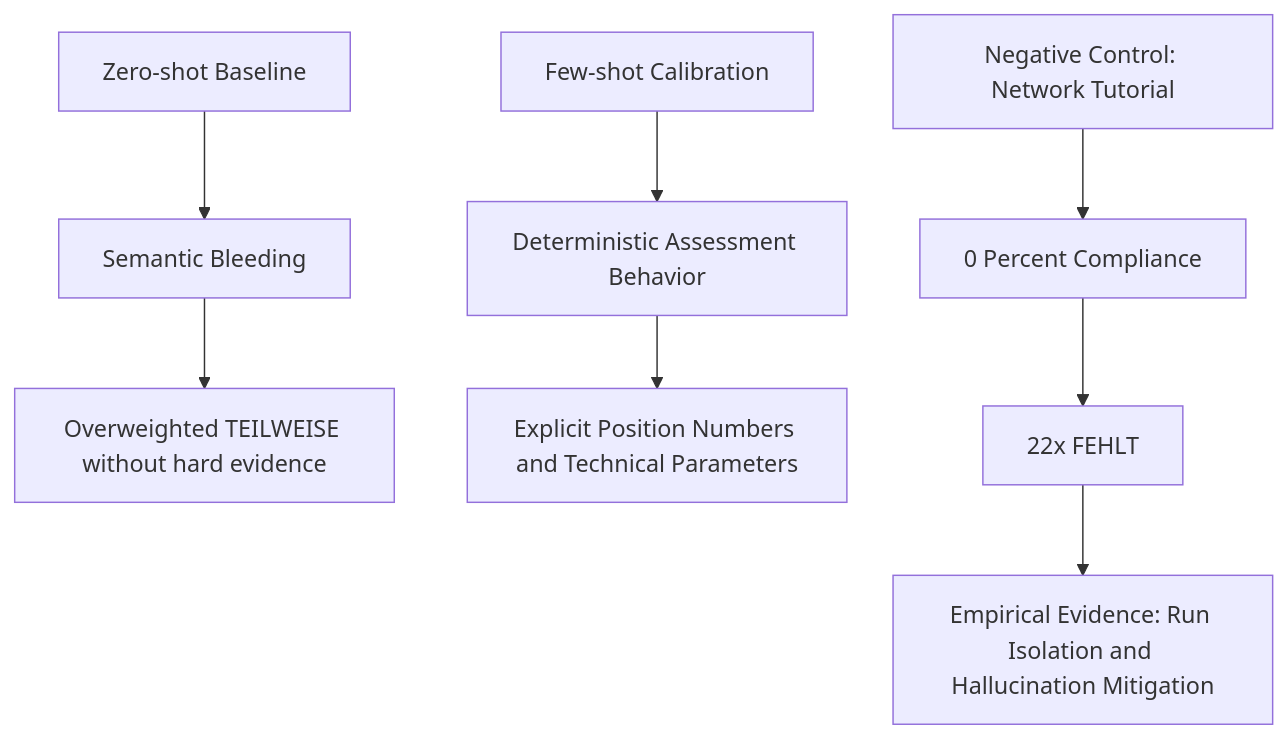
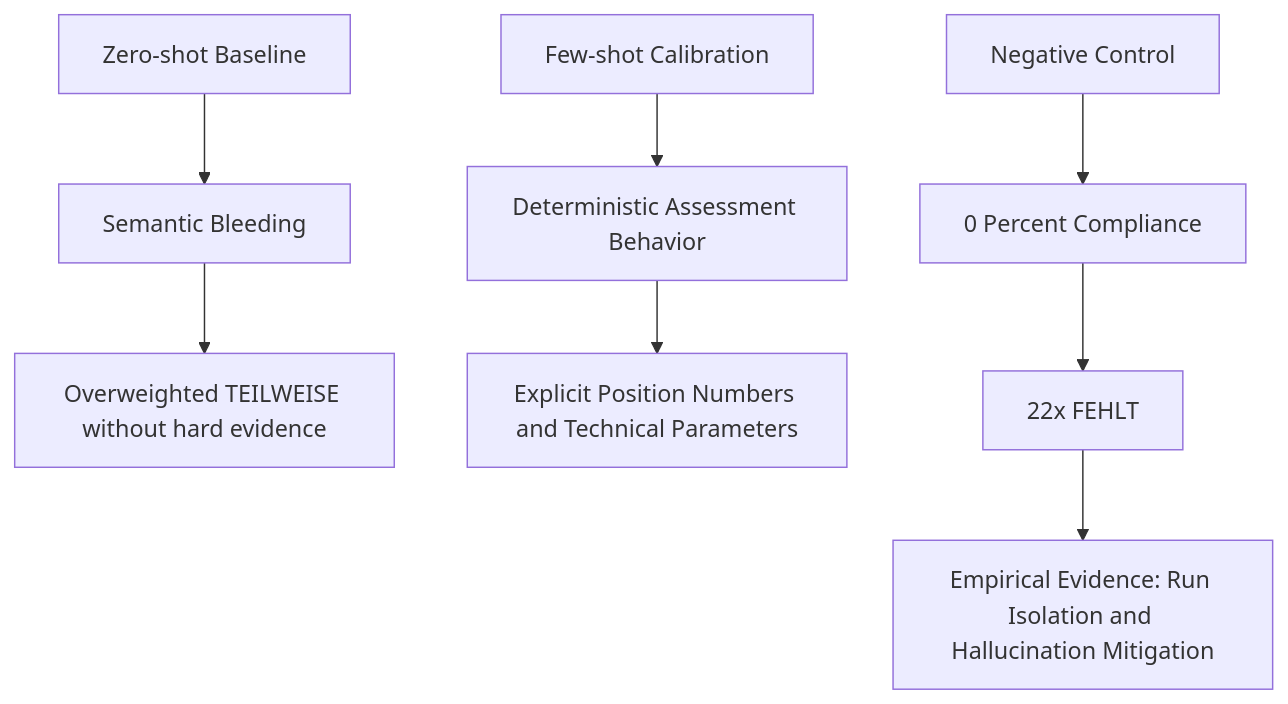
One commit to ridwandris/G1KI_Angebotsabgleich changed the second of 4 diagrams in README.md. Above: the diagram before and after it, drawn with Mermaid. The commit also changed other lines of this file, not shown here.

Commit message:
zero-shot

````diff
--- a/README.md
+++ b/README.md
@@ -411,10 +411,10 @@
 ```mermaid
 flowchart TB
    ZS[Zero-shot Baseline] --> SB[Semantic Bleeding]
    SB --> TZ[Overweighted TEILWEISE without hard evidence]
    FS[Few-shot Calibration] --> DT[Deterministic Assessment Behavior]
    DT --> EP[Explicit Position Numbers and Technical Parameters]
-   NC[Negative Control: Network Tutorial] --> R0[0 Percent Compliance]
+   NC[Negative Control] --> R0[0 Percent Compliance]
    R0 --> F22[22x FEHLT]
    F22 --> ISO[Empirical Evidence: Run Isolation and Hallucination Mitigation]
 ```
````
